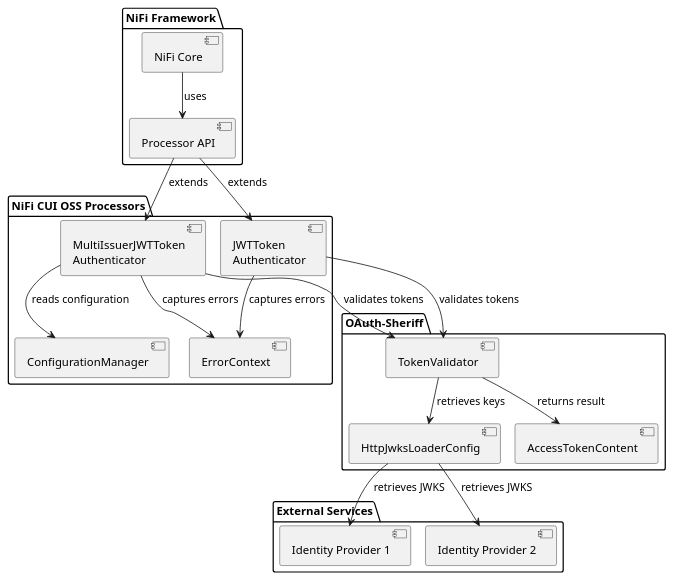
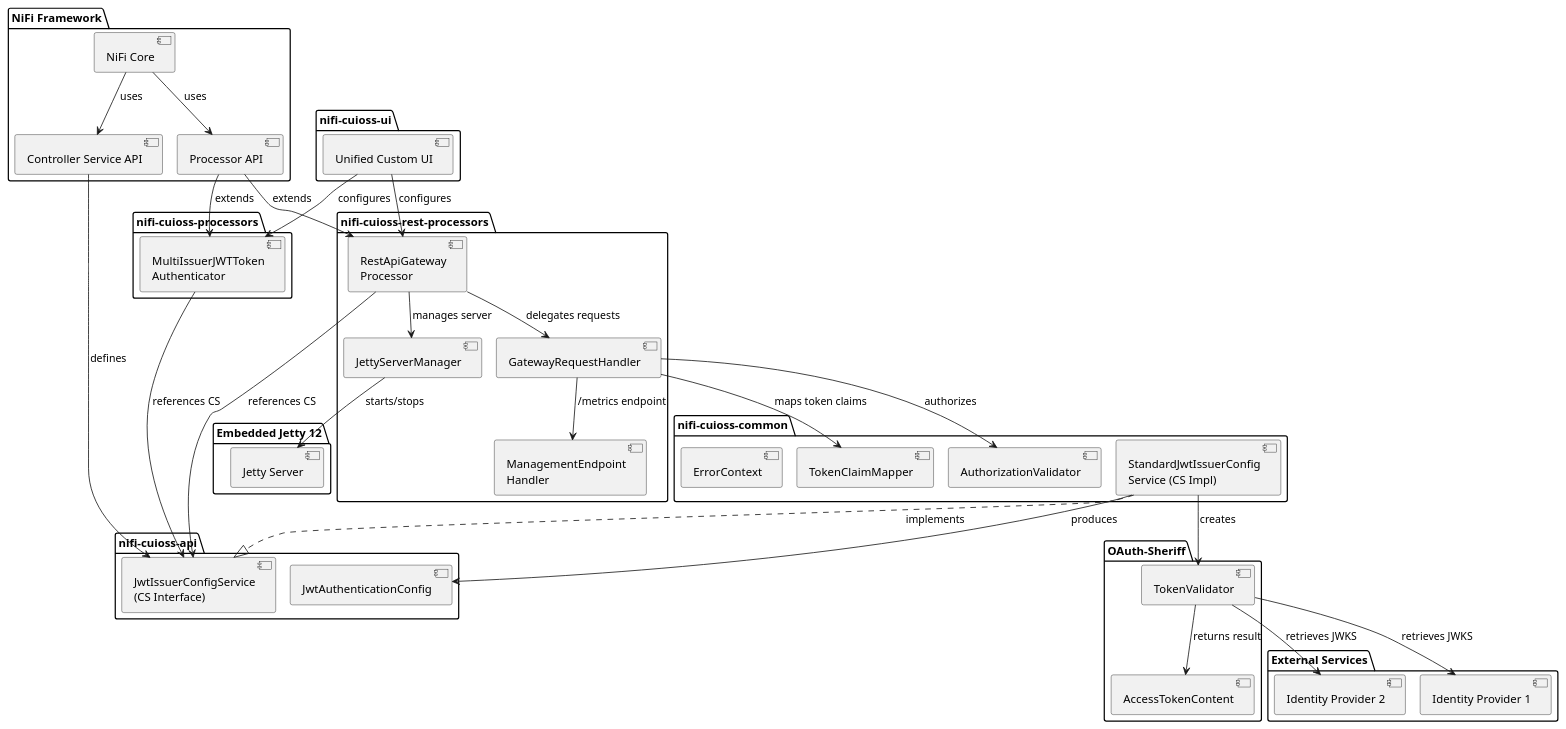
One commit to cuioss/nifi-extensions changed the diagram in doc/plantuml/architecture.puml. Above: the diagram before and after it, drawn with PlantUML. The commit also changed 32 other files, not shown here.

First line of the commit message:
docs: comprehensive documentation update for CS architecture and REST API Gateway (#188)

```diff
--- a/doc/plantuml/architecture.puml
+++ b/doc/plantuml/architecture.puml
@@ -1,42 +1,76 @@
 @startuml
 !pragma layout smetana
 package "NiFi Framework" {
   [NiFi Core] as NiFiCore
   [Processor API] as ProcessorAPI
+  [Controller Service API] as CSAPI
 }
 
-package "NiFi CUI OSS Processors" {
+package "nifi-cuioss-api" {
+  [JwtIssuerConfigService\n(CS Interface)] as CSInterface
+  [JwtAuthenticationConfig] as AuthConfig
+}
+
+package "nifi-cuioss-common" {
+  [StandardJwtIssuerConfig\nService (CS Impl)] as CSImpl
+  [AuthorizationValidator] as AuthzValidator
+  [TokenClaimMapper] as ClaimMapper
+  [ErrorContext] as ErrorContext
+}
+
+package "nifi-cuioss-processors" {
   [MultiIssuerJWTToken\nAuthenticator] as MultiIssuer
-  [JWTToken\nAuthenticator] as SimpleAuth
-  [ConfigurationManager] as ConfigManager
-  [ErrorContext] as ErrorContext
+}
+
+package "nifi-cuioss-rest-processors" {
+  [RestApiGateway\nProcessor] as Gateway
+  [GatewayRequestHandler] as ReqHandler
+  [ManagementEndpoint\nHandler] as MgmtHandler
+  [JettyServerManager] as JettyMgr
+}
+
+package "nifi-cuioss-ui" {
+  [Unified Custom UI] as UI
 }
 
 package "OAuth-Sheriff" {
   [TokenValidator] as TokenValidator
-  [HttpJwksLoaderConfig] as JwksLoader
   [AccessTokenContent] as TokenContent
+}
+
+package "Embedded Jetty 12" {
+  [Jetty Server] as Jetty
 }
 
 package "External Services" {
   [Identity Provider 1] as IDP1
   [Identity Provider 2] as IDP2
 }
 
 NiFiCore --> ProcessorAPI : uses
+NiFiCore --> CSAPI : uses
 ProcessorAPI --> MultiIssuer : extends
-ProcessorAPI --> SimpleAuth : extends
+ProcessorAPI --> Gateway : extends
+CSAPI --> CSInterface : defines
 
-MultiIssuer --> ConfigManager : reads configuration
-MultiIssuer --> TokenValidator : validates tokens
-MultiIssuer --> ErrorContext : captures errors
+CSImpl ..|> CSInterface : implements
+CSImpl --> TokenValidator : creates
+CSImpl --> AuthConfig : produces
 
-SimpleAuth --> TokenValidator : validates tokens
-SimpleAuth --> ErrorContext : captures errors
+MultiIssuer --> CSInterface : references CS
+Gateway --> CSInterface : references CS
+Gateway --> ReqHandler : delegates requests
+Gateway --> JettyMgr : manages server
+JettyMgr --> Jetty : starts/stops
 
-TokenValidator --> JwksLoader : retrieves keys
+ReqHandler --> AuthzValidator : authorizes
+ReqHandler --> MgmtHandler : /metrics endpoint
+ReqHandler --> ClaimMapper : maps token claims
+
 TokenValidator --> TokenContent : returns result
+TokenValidator --> IDP1 : retrieves JWKS
+TokenValidator --> IDP2 : retrieves JWKS
 
-JwksLoader --> IDP1 : retrieves JWKS
-JwksLoader --> IDP2 : retrieves JWKS
+UI --> MultiIssuer : configures
+UI --> Gateway : configures
 @enduml
```
